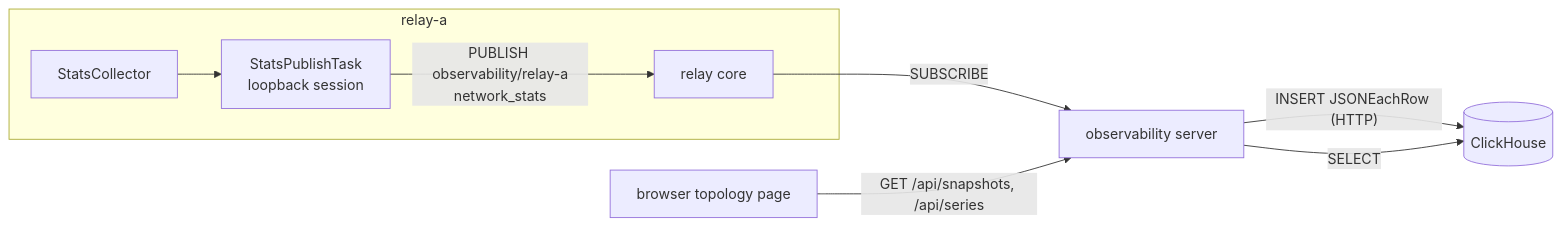
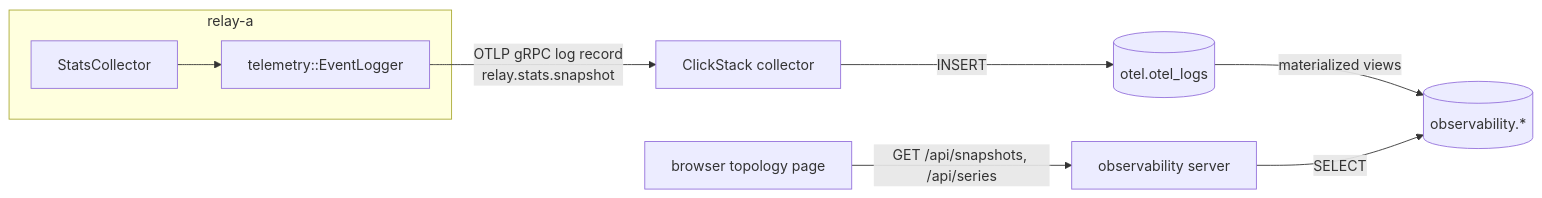
The diagram in docs/architecture/observability/architecture.md (nttcom/moq-wasm), drawn with Mermaid before and after one commit. The commit also changed other lines of this file and 18 other files, not shown here.

Commit message:
feat(observability): fill the stats tables from the relays' OTLP snapshot records

````diff
--- a/docs/architecture/observability/architecture.md
+++ b/docs/architecture/observability/architecture.md
@@ -22,11 +23,11 @@
 ```mermaid
 flowchart LR
   subgraph relay-a
-    C[StatsCollector] --> P[StatsPublishTask<br/>loopback session]
-    P -- "PUBLISH observability/relay-a<br/>network_stats" --> R[relay core]
+    C[StatsCollector] --> E[telemetry::EventLogger]
   end
-  R -- SUBSCRIBE --> O[observability server]
-  O -- "INSERT JSONEachRow (HTTP)" --> CH[(ClickHouse)]
-  B[browser topology page] -- "GET /api/snapshots, /api/series" --> O
-  O -- SELECT --> CH
+  E -- "OTLP gRPC log record<br/>relay.stats.snapshot" --> K[ClickStack collector]
+  K -- INSERT --> L[(otel.otel_logs)]
+  L -- "materialized views" --> T[(observability.*)]
+  B[browser topology page] -- "GET /api/snapshots, /api/series" --> O[observability server]
+  O -- SELECT --> T
 ```
````
